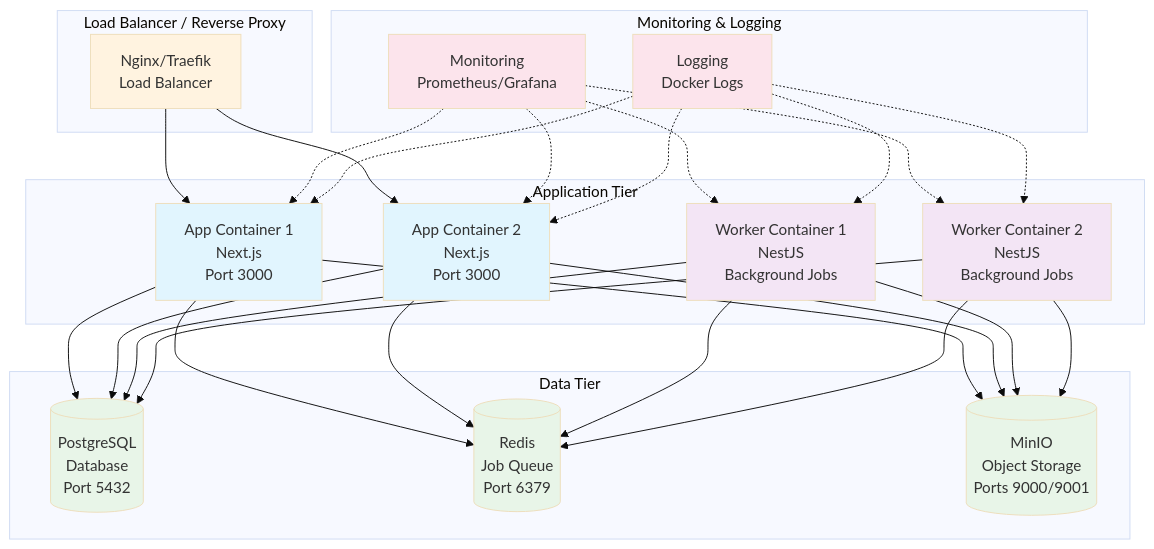
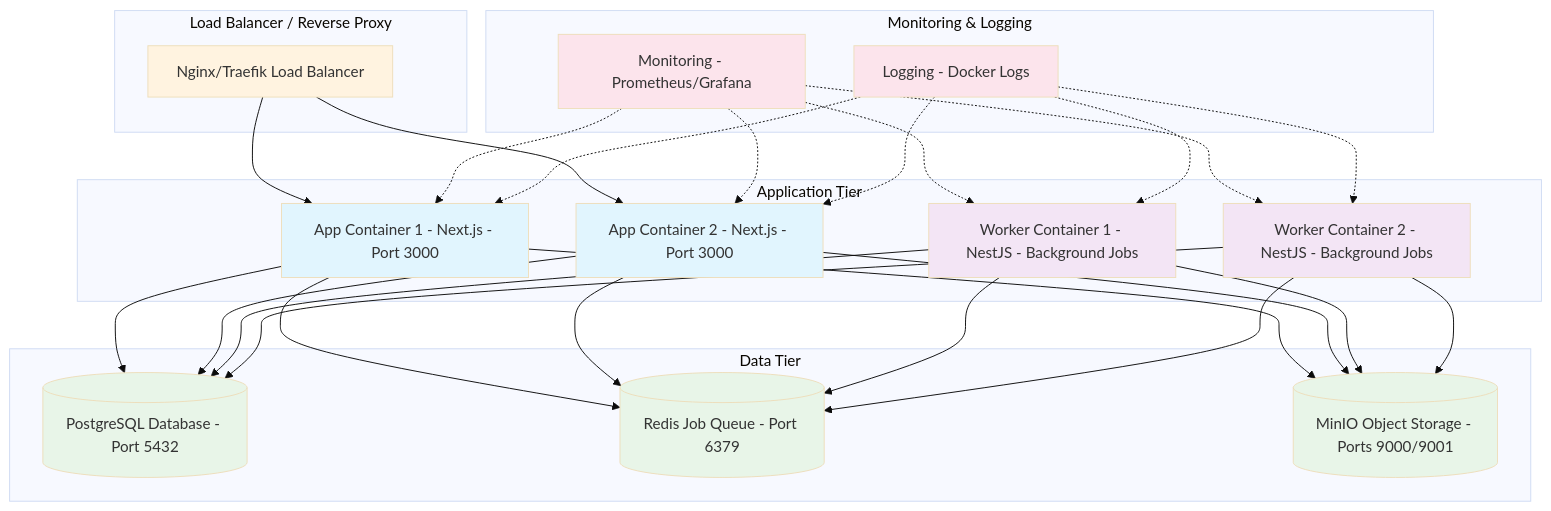
One commit to supercheck-io/supercheck-core changed the eighth of 9 diagrams in DEMO_PRESENTATION.md. Above: the diagram before and after it, drawn with Mermaid (base theme). The commit also changed other lines of this file and 2 other files, not shown here.

Commit message:
Enhance documentation for Supercheck platform, including a comprehensive overview, updated architecture diagrams, and detailed descriptions of core features and user workflows

````diff
--- a/DEMO_PRESENTATION.md
+++ b/DEMO_PRESENTATION.md
@@ -617,65 +637,65 @@
 ```mermaid
 graph TB
-    subgraph "Load Balancer / Reverse Proxy"
-        LB[Nginx/Traefik<br/>Load Balancer]
+    subgraph lb ["Load Balancer / Reverse Proxy"]
+        LB[Nginx/Traefik Load Balancer]
     end
     
-    subgraph "Application Tier"
-        APP1[App Container 1<br/>Next.js<br/>Port 3000]
-        APP2[App Container 2<br/>Next.js<br/>Port 3000]
-        WRK1[Worker Container 1<br/>NestJS<br/>Background Jobs]
-        WRK2[Worker Container 2<br/>NestJS<br/>Background Jobs]
+    subgraph app ["Application Tier"]
+        APP1[App Container 1 - Next.js - Port 3000]
+        APP2[App Container 2 - Next.js - Port 3000]
+        WRK1[Worker Container 1 - NestJS - Background Jobs]
+        WRK2[Worker Container 2 - NestJS - Background Jobs]
     end
     
-    subgraph "Data Tier"
-        PG[(PostgreSQL<br/>Database<br/>Port 5432)]
-        RD[(Redis<br/>Job Queue<br/>Port 6379)]
-        MIO[(MinIO<br/>Object Storage<br/>Ports 9000/9001)]
+    subgraph data ["Data Tier"]
+        PG[(PostgreSQL Database - Port 5432)]
+        RD[(Redis Job Queue - Port 6379)]
+        MIO[(MinIO Object Storage - Ports 9000/9001)]
     end
     
-    subgraph "Monitoring & Logging"
-        MON[Monitoring<br/>Prometheus/Grafana]
-        LOG[Logging<br/>Docker Logs]
+    subgraph monitor ["Monitoring & Logging"]
+        MON[Monitoring - Prometheus/Grafana]
+        LOG[Logging - Docker Logs]
     end
     
     LB --> APP1
     LB --> APP2
     
     APP1 --> PG
     APP1 --> RD
     APP1 --> MIO
     
     APP2 --> PG
     APP2 --> RD
     APP2 --> MIO
     
     WRK1 --> PG
     WRK1 --> RD
     WRK1 --> MIO
     
     WRK2 --> PG
     WRK2 --> RD
     WRK2 --> MIO
     
     MON -.-> APP1
     MON -.-> APP2
     MON -.-> WRK1
     MON -.-> WRK2
     
     LOG -.-> APP1
     LOG -.-> APP2
     LOG -.-> WRK1
     LOG -.-> WRK2
     
     classDef app fill:#e1f5fe
     classDef worker fill:#f3e5f5
     classDef data fill:#e8f5e8
     classDef infra fill:#fff3e0
     classDef monitor fill:#fce4ec
     
     class APP1,APP2 app
     class WRK1,WRK2 worker
     class PG,RD,MIO data
     class LB infra
     class MON,LOG monitor
 ```
````
